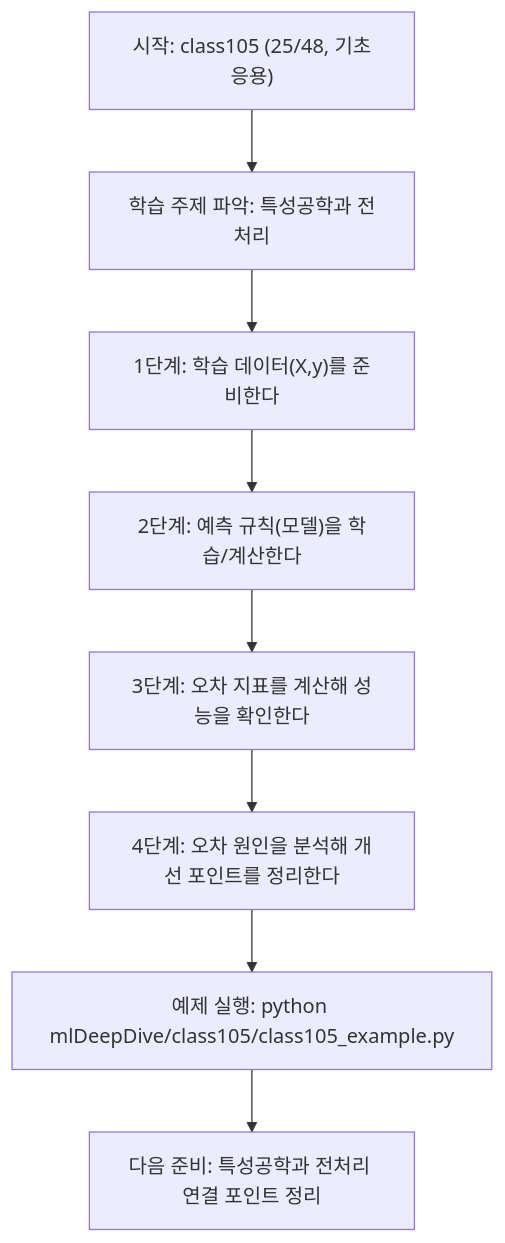
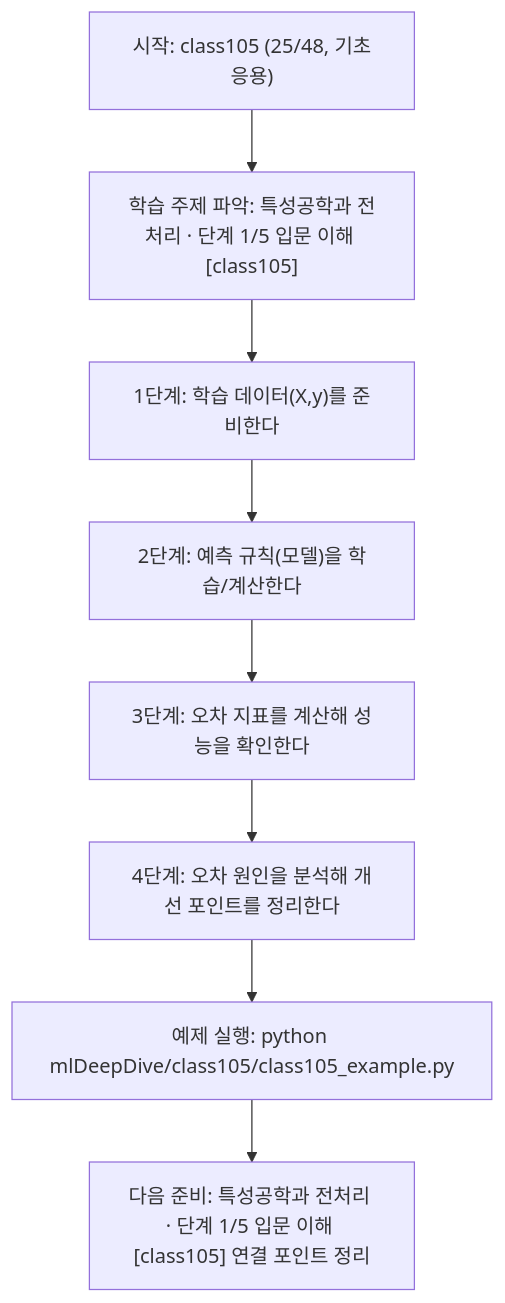
Before and after one commit to edumgt/Python-AI_Agent-Class: the diagram in mlDeepDive/class105/class105.md, drawn with Mermaid. The commit also changed other lines of this file and 522 other files, not shown here.

````diff
--- a/mlDeepDive/class105/class105.md
+++ b/mlDeepDive/class105/class105.md
@@ -108,18 +109,18 @@
 ```mermaid
 flowchart TD
 N1["시작: class105 (25/48, 기초응용)"]
-N2["학습 주제 파악: 특성공학과 전처리"]
+N2["학습 주제 파악: 특성공학과 전처리 · 단계 1/5 입문 이해 [class105]"]
 N3["1단계: 학습 데이터(X,y)를 준비한다"]
 N4["2단계: 예측 규칙(모델)을 학습/계산한다"]
 N5["3단계: 오차 지표를 계산해 성능을 확인한다"]
 N6["4단계: 오차 원인을 분석해 개선 포인트를 정리한다"]
 N7["예제 실행: python mlDeepDive/class105/class105_example.py"]
-N8["다음 준비: 특성공학과 전처리 연결 포인트 정리"]
+N8["다음 준비: 특성공학과 전처리 · 단계 1/5 입문 이해 [class105] 연결 포인트 정리"]
 N1 --> N2
 N2 --> N3
 N3 --> N4
 N4 --> N5
 N5 --> N6
 N6 --> N7
 N7 --> N8
 ```
````
